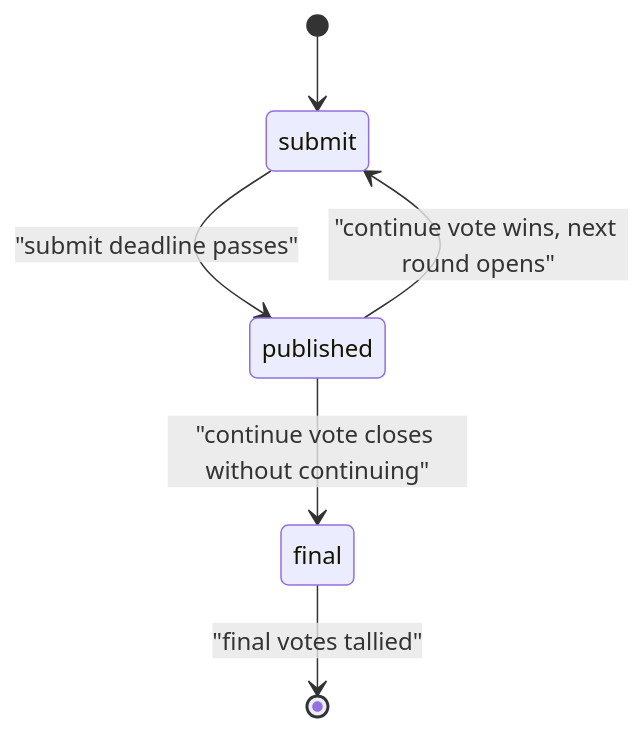
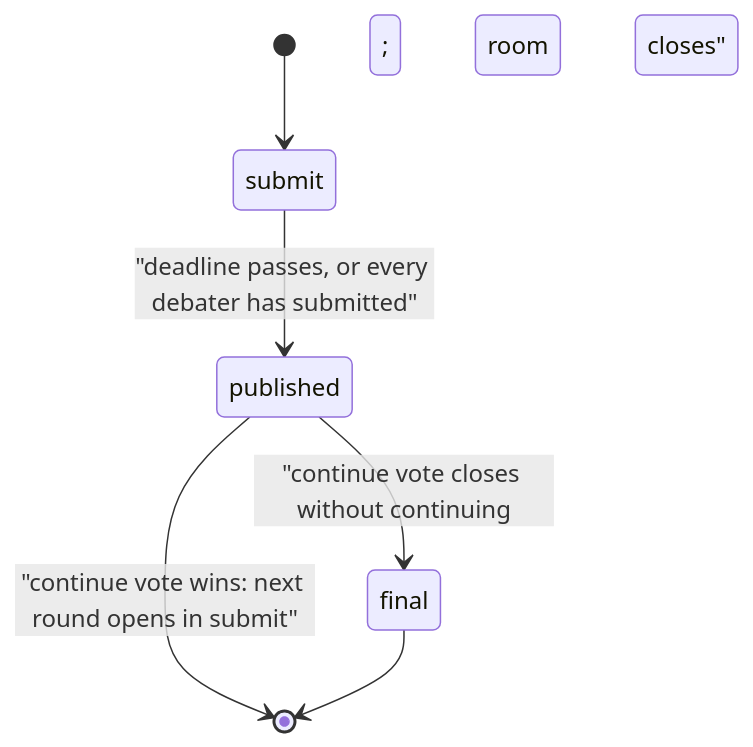
The third of 3 diagrams in README.md (flyingrobots/db8), drawn with Mermaid before and after one commit. The commit also changed other lines of this file, not shown here.

First line of the commit message:
docs: describe when a round publishes and when a room closes

````diff
--- a/README.md
+++ b/README.md
@@ -322,8 +325,8 @@
 ```mermaid
 stateDiagram-v2
     [*] --> submit
-    submit --> published : "submit deadline passes"
-    published --> submit : "continue vote wins, next round opens"
-    published --> final : "continue vote closes without continuing"
-    final --> [*] : "final votes tallied"
+    submit --> published : "deadline passes, or every debater has submitted"
+    published --> [*] : "continue vote wins: next round opens in submit"
+    published --> final : "continue vote closes without continuing; room closes"
+    final --> [*]
 ```
````
